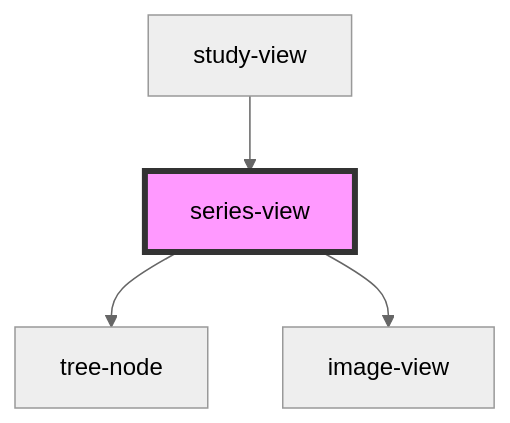
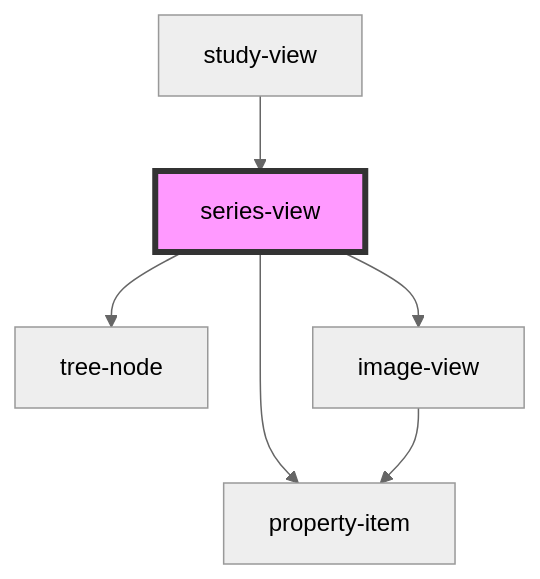
The diagram in src/components/views/series-view/readme.md (R4C4/dicom-tree), drawn with Mermaid (neutral theme) before and after one commit. The commit also changed other lines of this file and 10 other files, not shown here.

````diff
--- a/src/components/views/series-view/readme.md
+++ b/src/components/views/series-view/readme.md
@@ -34,7 +36,9 @@
 ```mermaid
 graph TD;
+  series-view --> property-item
   series-view --> tree-node
   series-view --> image-view
+  image-view --> property-item
   study-view --> series-view
   style series-view fill:#f9f,stroke:#333,stroke-width:4px
 ```
````
